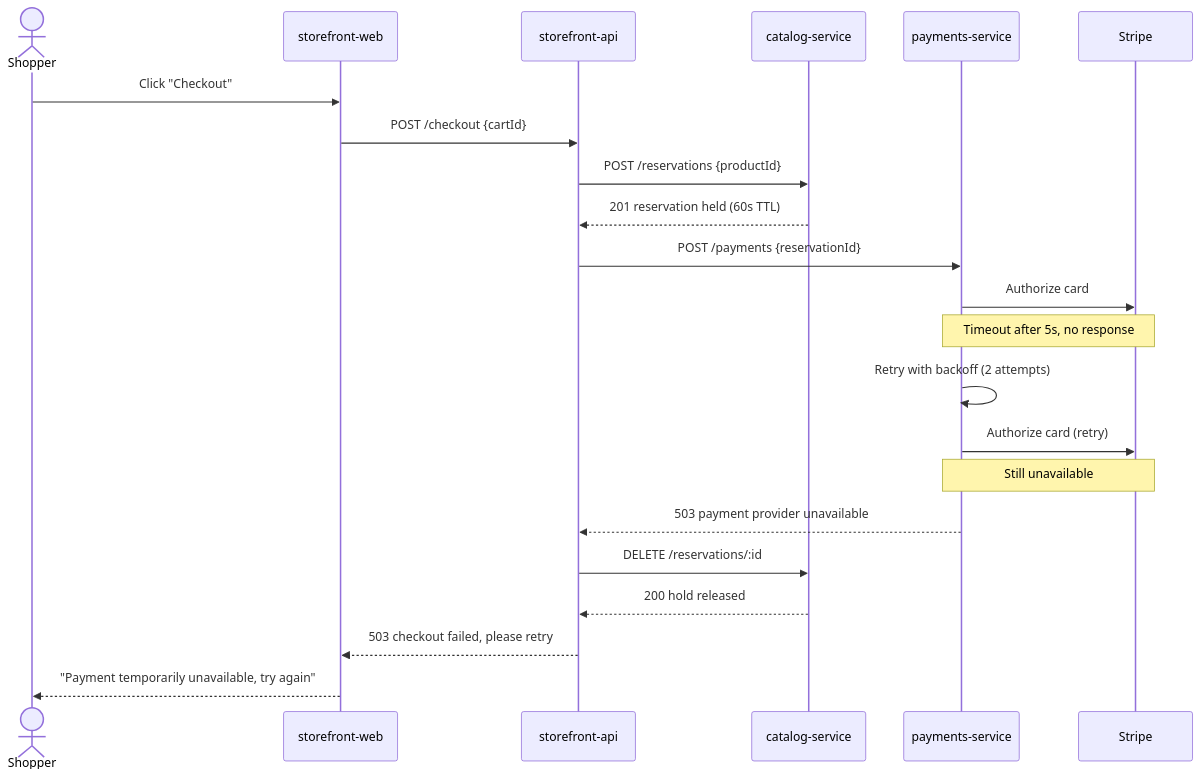
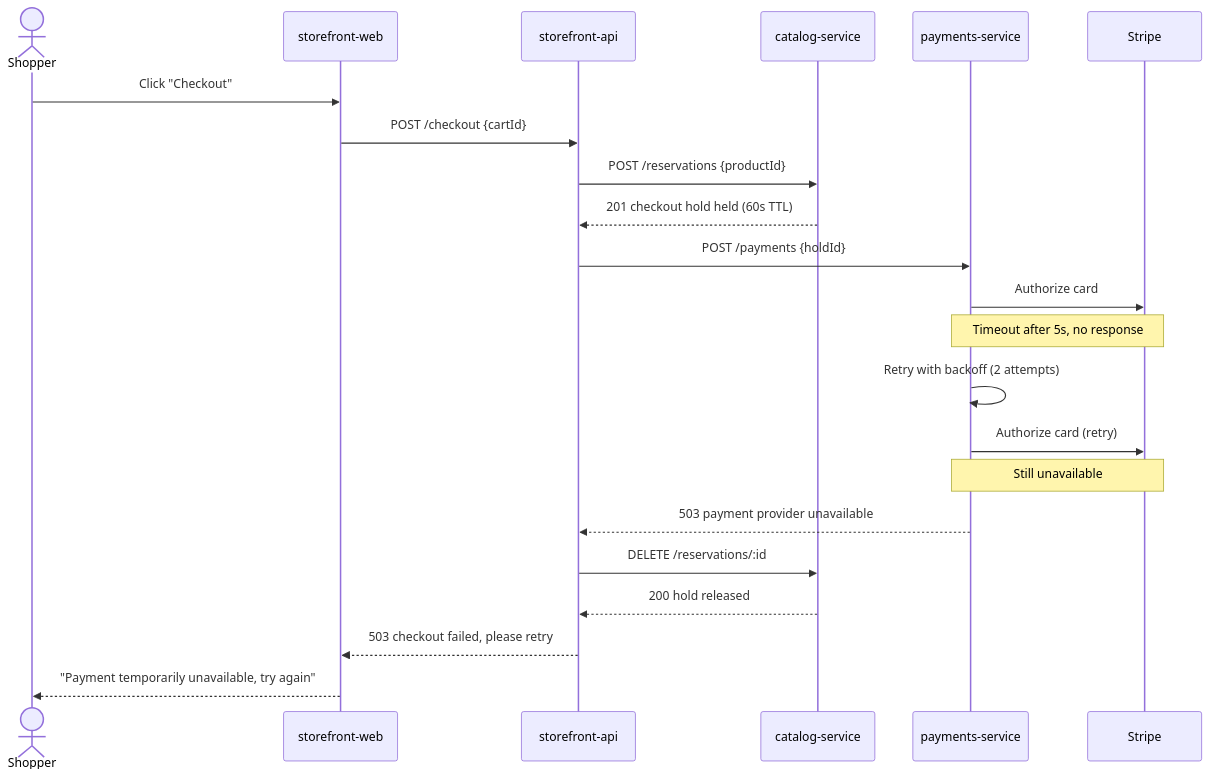
Before and after one commit to kieranpotts/design: the diagram in design/scenarios/payment-provider-outage.md, drawn with Mermaid. The commit also changed other lines of this file and 4 other files, not shown here.

````diff
--- a/design/scenarios/payment-provider-outage.md
+++ b/design/scenarios/payment-provider-outage.md
@@ -14,25 +14,25 @@
 ```mermaid
 sequenceDiagram
     actor Shopper
     participant Web as storefront-web
     participant API as storefront-api
     participant Catalog as catalog-service
     participant Payments as payments-service
     participant Stripe
 
     Shopper->>Web: Click "Checkout"
     Web->>API: POST /checkout {cartId}
     API->>Catalog: POST /reservations {productId}
-    Catalog-->>API: 201 reservation held (60s TTL)
-    API->>Payments: POST /payments {reservationId}
+    Catalog-->>API: 201 checkout hold held (60s TTL)
+    API->>Payments: POST /payments {holdId}
     Payments->>Stripe: Authorize card
     Note over Payments,Stripe: Timeout after 5s, no response
     Payments->>Payments: Retry with backoff (2 attempts)
     Payments->>Stripe: Authorize card (retry)
     Note over Payments,Stripe: Still unavailable
     Payments-->>API: 503 payment provider unavailable
     API->>Catalog: DELETE /reservations/:id
     Catalog-->>API: 200 hold released
     API-->>Web: 503 checkout failed, please retry
     Web-->>Shopper: "Payment temporarily unavailable, try again"
 ```
````
